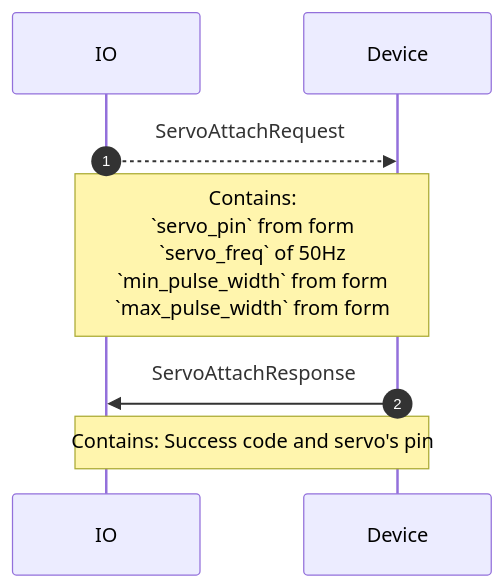
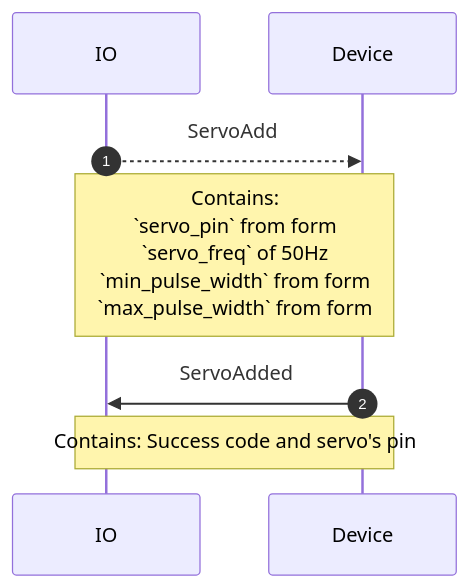
The fifth of 5 diagrams in proto/wippersnapper/docs/servo.md (adafruit/Wippersnapper_Protobuf), drawn with Mermaid before and after one commit. The commit also changed other lines of this file and 6 other files, not shown here.

````diff
--- a/proto/wippersnapper/docs/servo.md
+++ b/proto/wippersnapper/docs/servo.md
@@ -71,9 +66,9 @@
 ```mermaid
 sequenceDiagram
 autonumber
-IO-->>Device: ServoAttachRequest
+IO-->>Device: ServoAdd
 Note over IO, Device: Contains:<br> `servo_pin` from form<br>`servo_freq` of 50Hz<br> `min_pulse_width` from form <br> `max_pulse_width` from form
 
-Device->>IO: ServoAttachResponse
+Device->>IO: ServoAdded
 Note over IO, Device: Contains: Success code and servo's pin
 ```
````
